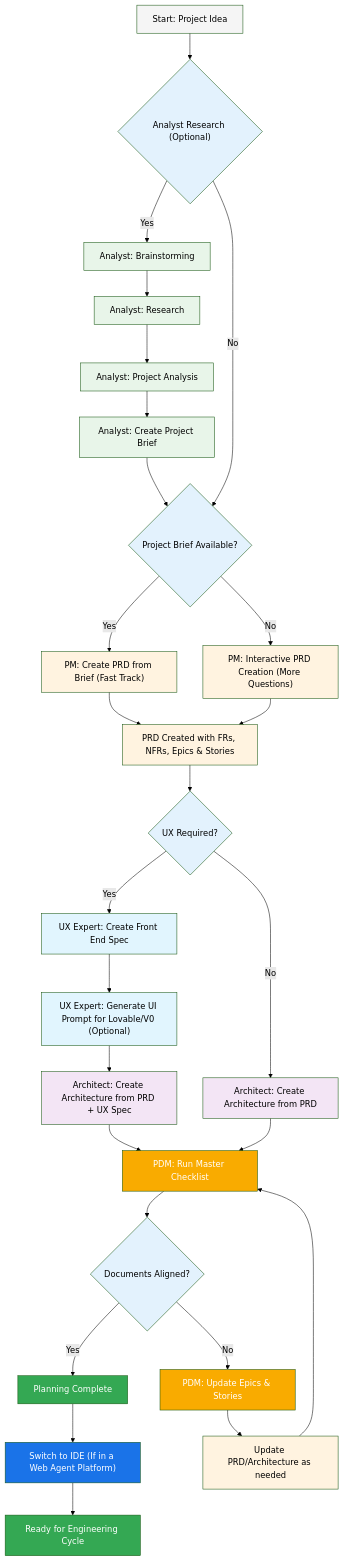
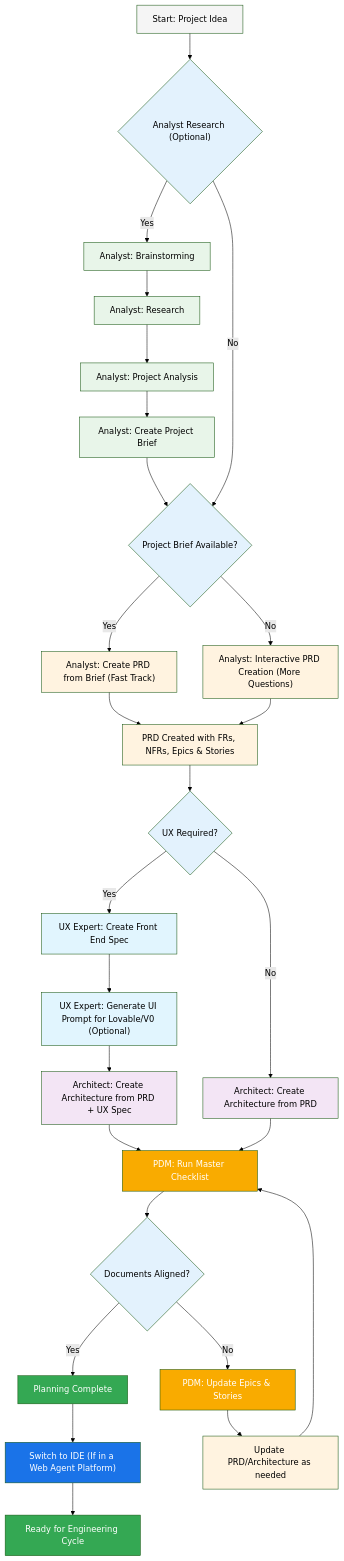
One commit to thien2218/bmad-minimal changed the diagram in docs/planning-workflow.md. Above: the diagram before and after it, drawn with Mermaid (forest theme). The commit also changed other lines of this file and 8 other files, not shown here.

Commit message:
remove pm agent and enable analyst agent to do more

````diff
--- a/docs/planning-workflow.md
+++ b/docs/planning-workflow.md
@@ -62,51 +61,51 @@
 ```mermaid
 graph TD
     A["Start: Project Idea"] --> B{"Analyst Research (Optional)"}
     B -->|Yes| C["Analyst: Brainstorming"]
     B -->|No| G{"Project Brief Available?"}
     C --> C2["Analyst: Research"]
     C2 --> C3["Analyst: Project Analysis"]
     C3 --> D["Analyst: Create Project Brief"]
     D --> G["Project Brief Available?"]
-    G{"Project Brief Available?"} -->|Yes| E["PM: Create PRD from Brief (Fast Track)"]
-    G -->|No| E2["PM: Interactive PRD Creation (More Questions)"]
+    G{"Project Brief Available?"} -->|Yes| E["Analyst: Create PRD from Brief (Fast Track)"]
+    G -->|No| E2["Analyst: Interactive PRD Creation (More Questions)"]
     E --> F["PRD Created with FRs, NFRs, Epics & Stories"]
     E2 --> F
     F --> F2{"UX Required?"}
     F2 -->|Yes| F3["UX Expert: Create Front End Spec"]
     F2 -->|No| H["Architect: Create Architecture from PRD"]
     F3 --> F4["UX Expert: Generate UI Prompt for Lovable/V0 (Optional)"]
     F4 --> H2["Architect: Create Architecture from PRD + UX Spec"]
     H --> I["PDM: Run Master Checklist"]
     H2 --> I
     I --> J{"Documents Aligned?"}
     J -->|Yes| K["Planning Complete"]
     J -->|No| L["PDM: Update Epics & Stories"]
     L --> M["Update PRD/Architecture as needed"]
     M --> I
     K --> N["Switch to IDE (If in a Web Agent Platform)"]
     N --> P["Ready for Engineering Cycle"]
 
     style A fill:#f5f5f5,color:#000
     style B fill:#e3f2fd,color:#000
     style C fill:#e8f5e9,color:#000
     style C2 fill:#e8f5e9,color:#000
     style C3 fill:#e8f5e9,color:#000
     style D fill:#e8f5e9,color:#000
     style E fill:#fff3e0,color:#000
     style E2 fill:#fff3e0,color:#000
     style F fill:#fff3e0,color:#000
     style F2 fill:#e3f2fd,color:#000
     style F3 fill:#e1f5fe,color:#000
     style F4 fill:#e1f5fe,color:#000
     style G fill:#e3f2fd,color:#000
     style H fill:#f3e5f5,color:#000
     style H2 fill:#f3e5f5,color:#000
     style I fill:#f9ab00,color:#fff
     style J fill:#e3f2fd,color:#000
     style K fill:#34a853,color:#fff
     style L fill:#f9ab00,color:#fff
     style M fill:#fff3e0,color:#000
     style N fill:#1a73e8,color:#fff
     style P fill:#34a853,color:#fff
 ```
````
